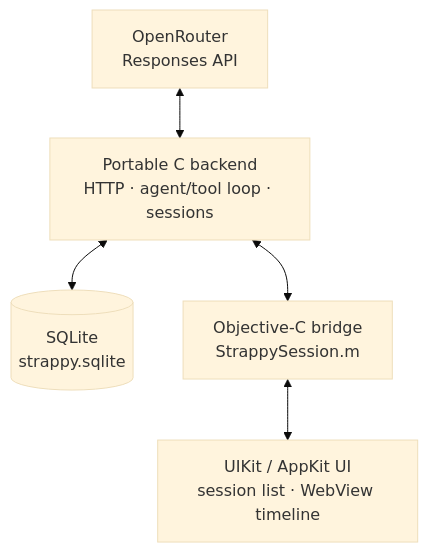
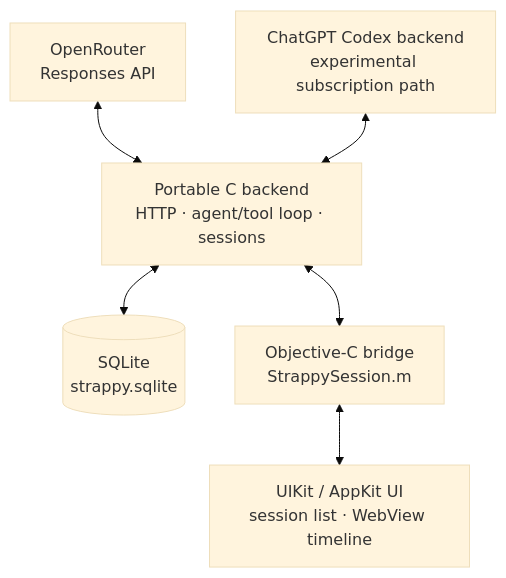
One commit to jeffreybergier/Strappy-Cocoa changed the diagram in README.md. Above: the diagram before and after it, drawn with Mermaid (base theme). The commit also changed other lines of this file and 39 other files, not shown here.

````diff
--- a/README.md
+++ b/README.md
@@ -88,7 +88,8 @@
 ```mermaid
 flowchart TB
     OpenRouter["OpenRouter<br/>Responses API"] <--> Core["Portable C backend<br/>HTTP · agent/tool loop · sessions"]
+    ChatGPT["ChatGPT Codex backend<br/>experimental subscription path"] <--> Core
     Core <--> DB[("SQLite<br/>strappy.sqlite")]
     Core <--> Bridge["Objective-C bridge<br/>StrappySession.m"]
     Bridge <--> UI["UIKit / AppKit UI<br/>session list · WebView timeline"]
 ```
````
